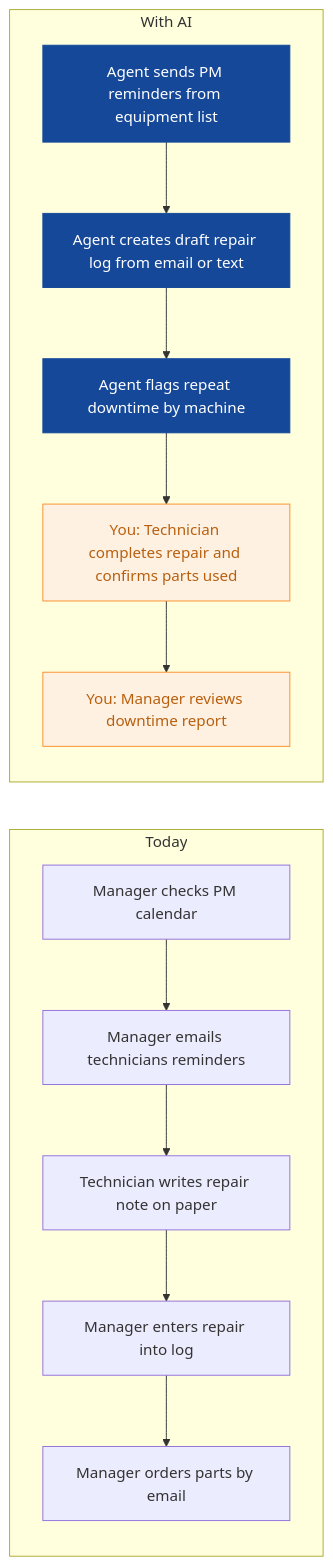
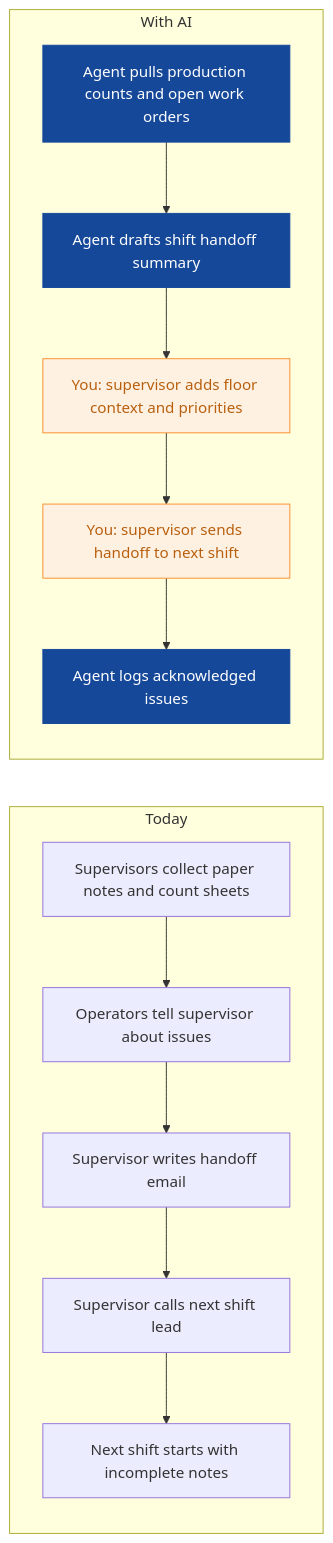
Before and after one commit to nexibeo/Complete-AI-Strategy: the eighth of 9 diagrams in strategies/ironleaf-manufacturing.md, drawn with Mermaid. The commit also changed other lines of this file and 26 other files, not shown here.

````diff
--- a/strategies/ironleaf-manufacturing.md
+++ b/strategies/ironleaf-manufacturing.md
@@ -253,23 +257,23 @@
 ```mermaid
 flowchart LR
   subgraph Today
-    B0["Manager checks PM calendar"]
-    B1["Manager emails technicians reminders"]
-    B2["Technician writes repair note on paper"]
-    B3["Manager enters repair into log"]
-    B4["Manager orders parts by email"]
+    B0["Supervisors collect paper notes and count sheets"]
+    B1["Operators tell supervisor about issues"]
+    B2["Supervisor writes handoff email"]
+    B3["Supervisor calls next shift lead"]
+    B4["Next shift starts with incomplete notes"]
     B0 --> B1 --> B2 --> B3 --> B4
   end
   subgraph WithAI[With AI]
-    A0["Agent sends PM reminders from equipment list"]
-    A1["Agent creates draft repair log from email or text"]
-    A2["Agent flags repeat downtime by machine"]
-    A3["You: Technician completes repair and confirms parts used"]
-    A4["You: Manager reviews downtime report"]
+    A0["Agent pulls production counts and open work orders"]
+    A1["Agent drafts shift handoff summary"]
+    A2["You: supervisor adds floor context and priorities"]
+    A3["You: supervisor sends handoff to next shift"]
+    A4["Agent logs acknowledged issues"]
     A0 --> A1 --> A2 --> A3 --> A4
   end
   classDef ai fill:#154899,color:#fff,stroke:#154899
   classDef human fill:#FFF1E2,color:#B8600F,stroke:#F98F2C
-  class A0,A1,A2 ai
-  class A3,A4 human
+  class A0,A1,A4 ai
+  class A2,A3 human
 ```
````
